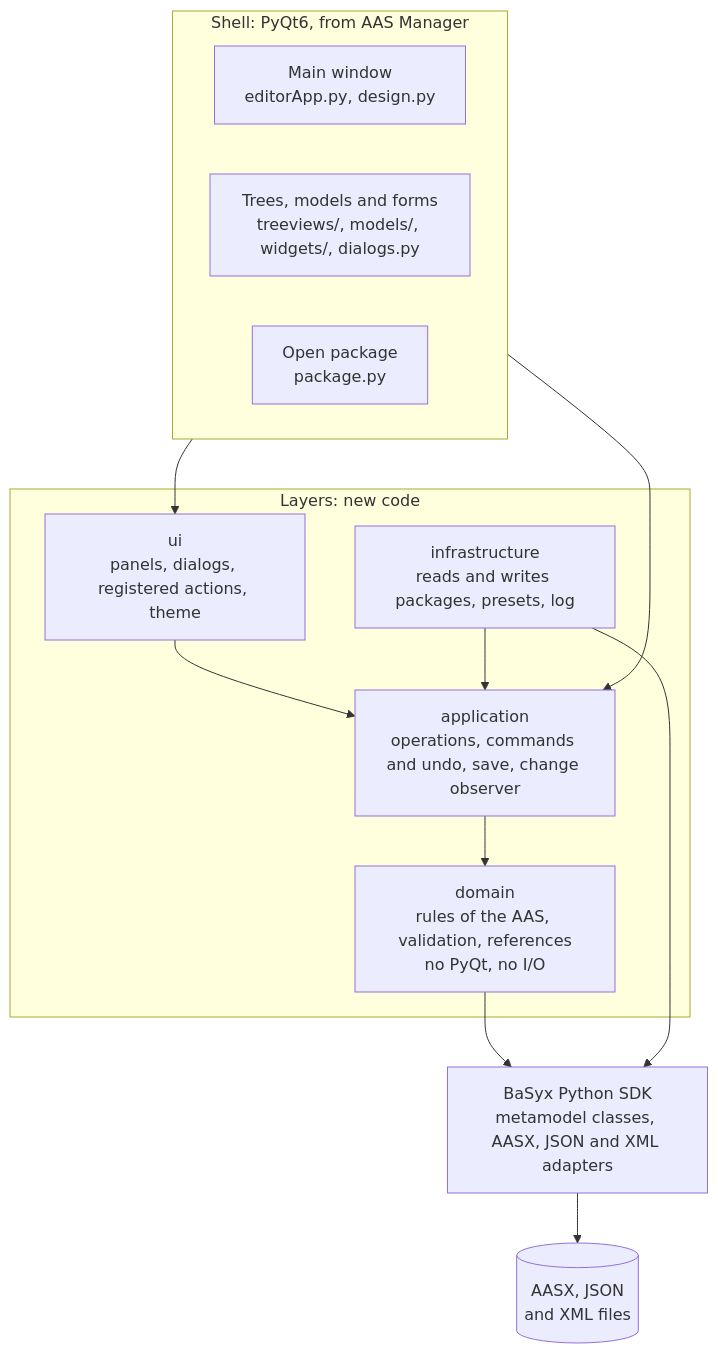
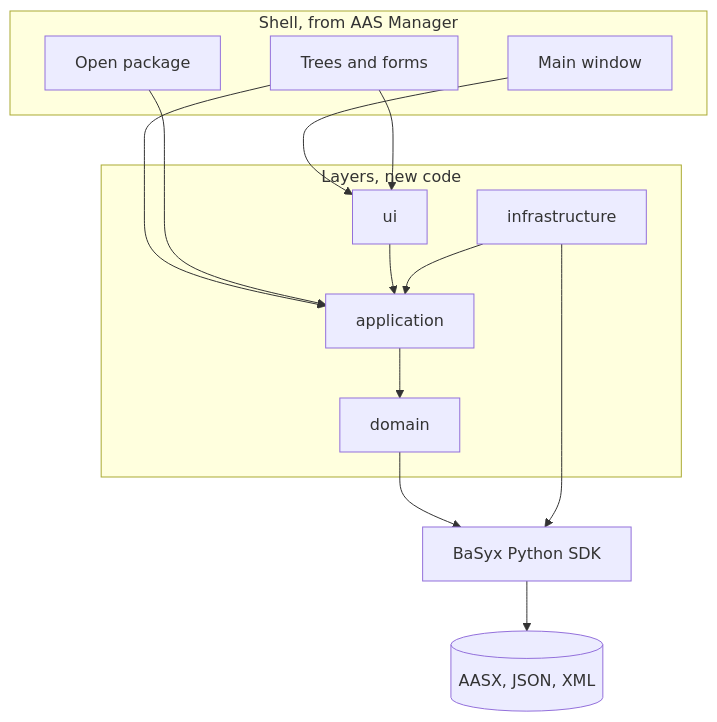
Before and after one commit to ifonso/AAS-Workingbench: the first of 2 diagrams in README.md, drawn with Mermaid. The commit also changed other lines of this file, not shown here.

Commit message:
docs: name the parts of the diagram in a table
GitHub cut the second line of each box of the diagram of the layers,
so "editorApp.py, design.py" read "editorApp.py, des". A box now has
its name only, and a table below the diagram says where each part is
and what it holds. The arrows start at the parts of the shell, and
not at its frame, which left the frame half empty.

````diff
--- a/README.md
+++ b/README.md
@@ -104,28 +104,29 @@
 ```mermaid
 flowchart TB
-    subgraph shell["Shell: PyQt6, from AAS Manager"]
-        direction LR
-        window["Main window<br/>editorApp.py, design.py"]
-        views["Trees, models and forms<br/>treeviews/, models/, widgets/, dialogs.py"]
-        pack["Open package<br/>package.py"]
+    subgraph shell["Shell, from AAS Manager"]
+        window["Main window"]
+        views["Trees and forms"]
+        pack["Open package"]
     end
 
-    subgraph layers["Layers: new code"]
-        ui["ui<br/>panels, dialogs, registered actions, theme"]
-        app["application<br/>operations, commands and undo, save, change observer"]
-        domain["domain<br/>rules of the AAS, validation, references<br/>no PyQt, no I/O"]
-        infra["infrastructure<br/>reads and writes packages, presets, log"]
+    subgraph layers["Layers, new code"]
+        ui["ui"]
+        app["application"]
+        domain["domain"]
+        infra["infrastructure"]
     end
 
-    sdk["BaSyx Python SDK<br/>metamodel classes, AASX, JSON and XML adapters"]
-    files[("AASX, JSON<br/>and XML files")]
+    sdk["BaSyx Python SDK"]
+    files[("AASX, JSON, XML")]
 
-    shell --> ui
-    shell --> app
+    window --> ui
+    views --> ui
+    views --> app
+    pack --> app
     ui --> app
     app --> domain
     infra --> app
     domain --> sdk
     infra --> sdk
     sdk --> files
 ```
````
